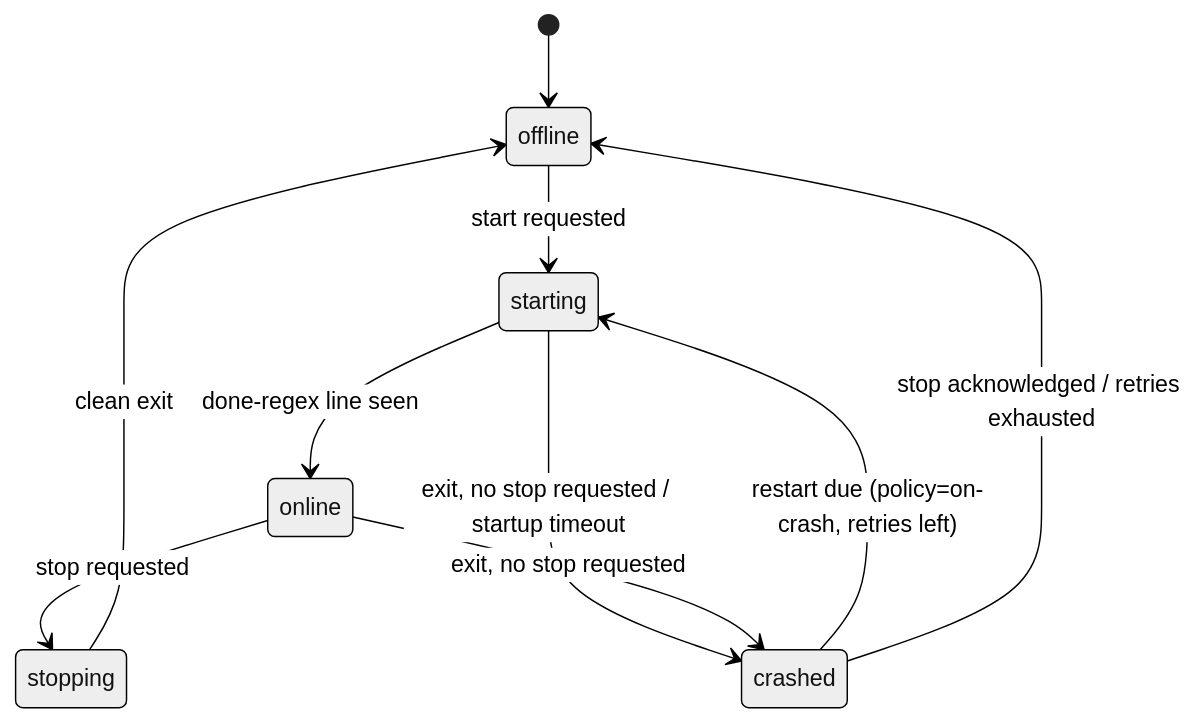
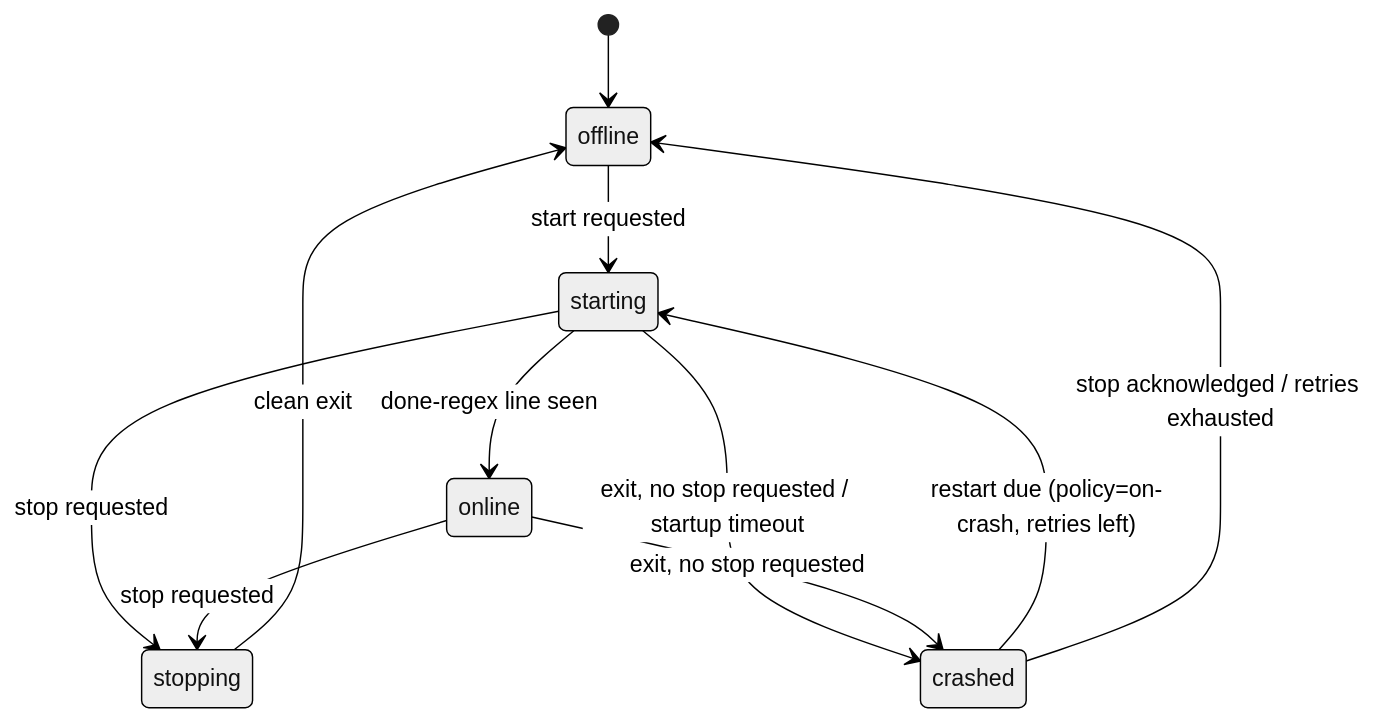
One commit to longme179/Minewrap changed the second of 2 diagrams in ARCHITECTURE.md. Above: the diagram before and after it, drawn with Mermaid (neutral theme). The commit also changed other lines of this file and 12 other files, not shown here.

````diff
--- a/ARCHITECTURE.md
+++ b/ARCHITECTURE.md
@@ -52,12 +52,13 @@
 ```mermaid
 stateDiagram-v2
     [*] --> offline
     offline --> starting: start requested
     starting --> online: done-regex line seen
+    starting --> stopping: stop requested
     starting --> crashed: exit, no stop requested / startup timeout
     online --> stopping: stop requested
     stopping --> offline: clean exit
     online --> crashed: exit, no stop requested
     crashed --> starting: restart due (policy=on-crash, retries left)
     crashed --> offline: stop acknowledged / retries exhausted
 ```
````
